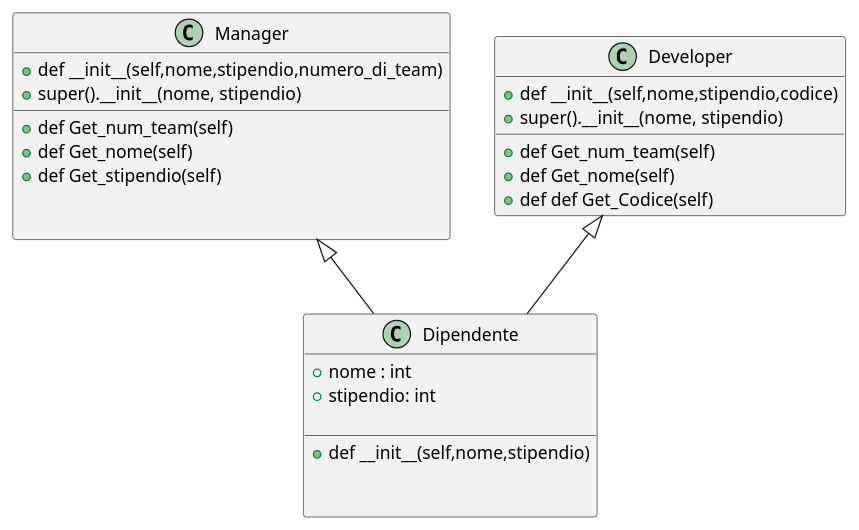
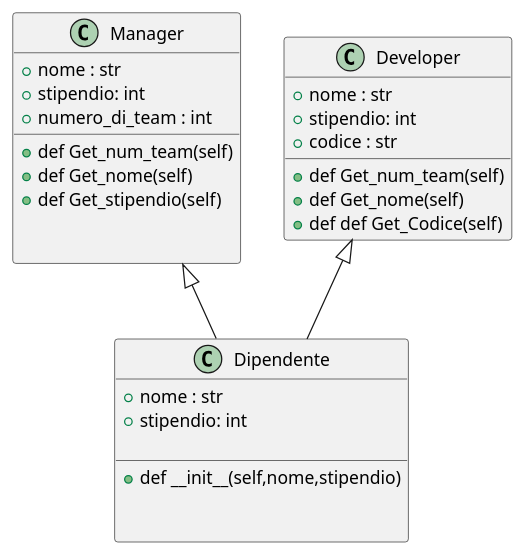
The diagram in pumlpuml/5.puml (AlessandroSanchi/4mAAAA), drawn with PlantUML before and after one commit. The commit also changed 5 other files, not shown here.

```diff
--- a/pumlpuml/5.puml
+++ b/pumlpuml/5.puml
@@ -1,37 +1,39 @@
 @startuml a
 
 class Dipendente {
-    +nome : int
+    +nome : str
     +stipendio: int
 
     __
     +def __init__(self,nome,stipendio)
 
 
 }
 class Manager {
-     +def __init__(self,nome,stipendio,numero_di_team)
-     +super().__init__(nome, stipendio)
+     +nome : str
+     +stipendio: int
+     +numero_di_team : int 
      __
      +def Get_num_team(self)
      +def Get_nome(self)
      +def Get_stipendio(self)
 
 
 }
 class Developer {
-     +def __init__(self,nome,stipendio,codice)
-     +super().__init__(nome, stipendio)
+     +nome : str
+     +stipendio: int
+     +codice : str 
      __
      +def Get_num_team(self)
      +def Get_nome(self)
      +def def Get_Codice(self)
 }
 
     
 
 
 Manager <|-- Dipendente
 Developer <|-- Dipendente
 
 @enduml
```
